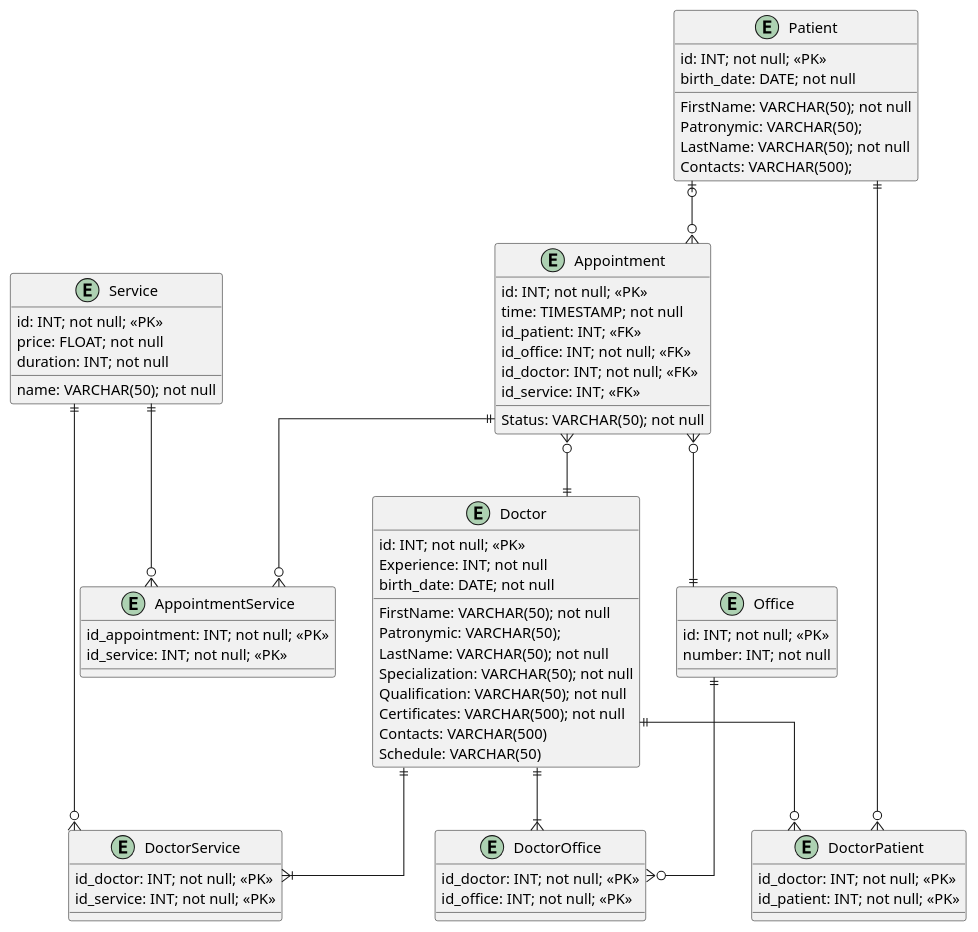
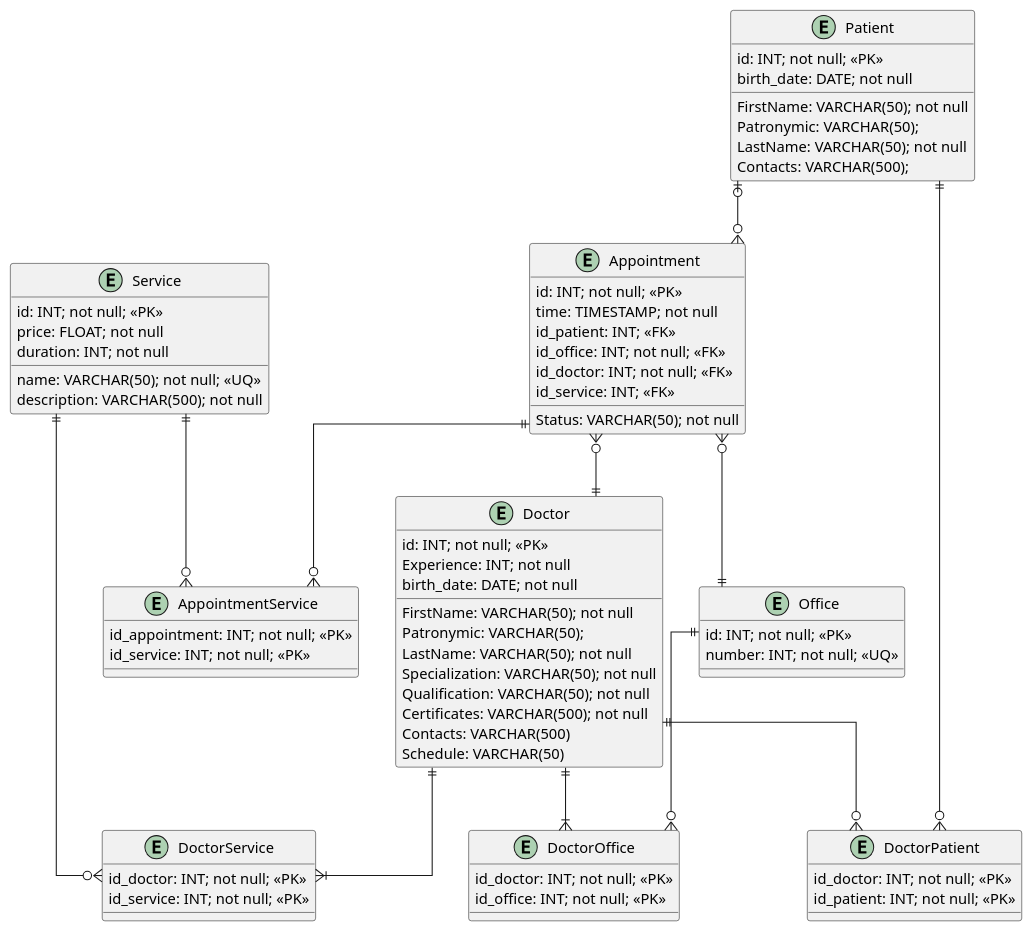
One commit to Ankeru/archive changed the diagram in PluntUML/MedCentre_ERD.puml. Above: the diagram before and after it, drawn with PlantUML.

```diff
--- a/PluntUML/MedCentre_ERD.puml
+++ b/PluntUML/MedCentre_ERD.puml
@@ -1,81 +1,82 @@
 @startuml
 skinparam linetype ortho
 
 entity "Patient" as p {
   id: INT; not null; <<PK>>
   FirstName: VARCHAR(50); not null
   Patronymic: VARCHAR(50);
   LastName: VARCHAR(50); not null
   birth_date: DATE; not null
   Contacts: VARCHAR(500);
 }
 
 entity "Doctor" as d {
   id: INT; not null; <<PK>>
   FirstName: VARCHAR(50); not null
   Patronymic: VARCHAR(50);
   LastName: VARCHAR(50); not null
   Specialization: VARCHAR(50); not null
   Experience: INT; not null
   Qualification: VARCHAR(50); not null
   Certificates: VARCHAR(500); not null
   birth_date: DATE; not null
   Contacts: VARCHAR(500)
   Schedule: VARCHAR(50)
 }
 
 entity "Office" as of {
   id: INT; not null; <<PK>>
-  number: INT; not null
+  number: INT; not null; <<UQ>>
 }
 
 entity "Appointment" as ap {
   id: INT; not null; <<PK>>
   time: TIMESTAMP; not null
   Status: VARCHAR(50); not null
   id_patient: INT; <<FK>>
   id_office: INT; not null; <<FK>>
   id_doctor: INT; not null; <<FK>>
   id_service: INT; <<FK>>
 }
 
 entity "Service" as s {
   id: INT; not null; <<PK>>
-  name: VARCHAR(50); not null
+  name: VARCHAR(50); not null; <<UQ>>
+  description: VARCHAR(500); not null
   price: FLOAT; not null
   duration: INT; not null
 }
 
 entity "AppointmentService" as as {
   id_appointment: INT; not null; <<PK>>
   id_service: INT; not null; <<PK>>
 }
 
 entity "DoctorService" as ds {
   id_doctor: INT; not null; <<PK>>
   id_service: INT; not null; <<PK>>
 }
 
 entity "DoctorOffice" as do {
   id_doctor: INT; not null; <<PK>>
   id_office: INT; not null; <<PK>>
 }
 
 entity "DoctorPatient" as dp {
   id_doctor: INT; not null; <<PK>>
   id_patient: INT; not null; <<PK>>
 }
 
 d ||--|{ do
 of ||--o{ do
 d ||--|{ ds
 s ||--o{ ds
 d ||--o{ dp
 p ||--o{ dp
 p |o--o{ ap
 ap }o--|| d
 ap }o--|| of 
 ap ||--o{ as
 s ||--o{ as
 
 @enduml
```
